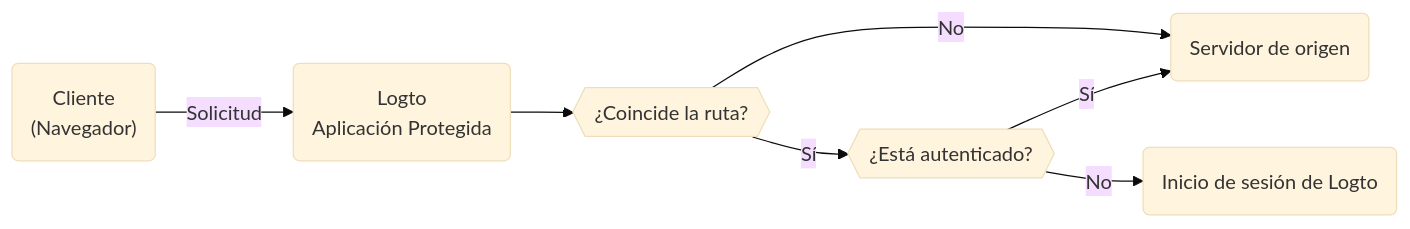
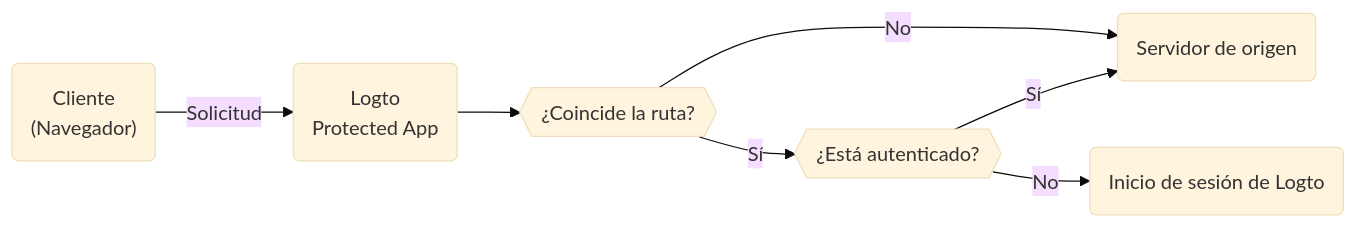
The diagram in i18n/es/docusaurus-plugin-content-docs/current/integrate-logto/protected-app.mdx (logto-io/docs), drawn with Mermaid (base theme) before and after one commit. The commit also changed other lines of this file and 174 other files, not shown here.

````diff
--- a/i18n/es/docusaurus-plugin-content-docs/current/integrate-logto/protected-app.mdx
+++ b/i18n/es/docusaurus-plugin-content-docs/current/integrate-logto/protected-app.mdx
@@ -17,9 +19,9 @@
 ```mermaid
 graph LR
-  A("Cliente<br/>(Navegador)") -->|Solicitud| B(Logto<br/>Aplicación Protegida)
+  A("Cliente<br/>(Navegador)") -->|Solicitud| B(Logto<br/>Protected App)
   B --> Condition{{¿Coincide la ruta?}}
   Condition -->|Sí| Matched{{¿Está autenticado?}}
   Matched -->|Sí| C(Servidor de origen)
   Matched -->|No| D(Inicio de sesión de Logto)
   Condition -->|No| C
 ```
````
